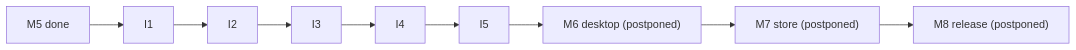
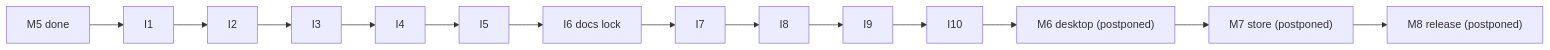
One commit to HJNWorks/BunnyMeadow changed the diagram in docs/iterations/README.md. Above: the diagram before and after it, drawn with Mermaid. The commit also changed other lines of this file and 54 other files, not shown here.

````diff
--- a/docs/iterations/README.md
+++ b/docs/iterations/README.md
@@ -30,11 +35,16 @@
 ```mermaid
 flowchart LR
   m5["M5 done"] --> i1
   i1[I1] --> i2[I2]
   i2 --> i3[I3]
   i3 --> i4[I4]
   i4 --> i5[I5]
-  i5 --> m6["M6 desktop (postponed)"]
+  i5 --> i6[I6 docs lock]
+  i6 --> i7[I7]
+  i7 --> i8[I8]
+  i8 --> i9[I9]
+  i9 --> i10[I10]
+  i10 --> m6["M6 desktop (postponed)"]
   m6 --> m7["M7 store (postponed)"]
   m7 --> m8["M8 release (postponed)"]
 ```
````
